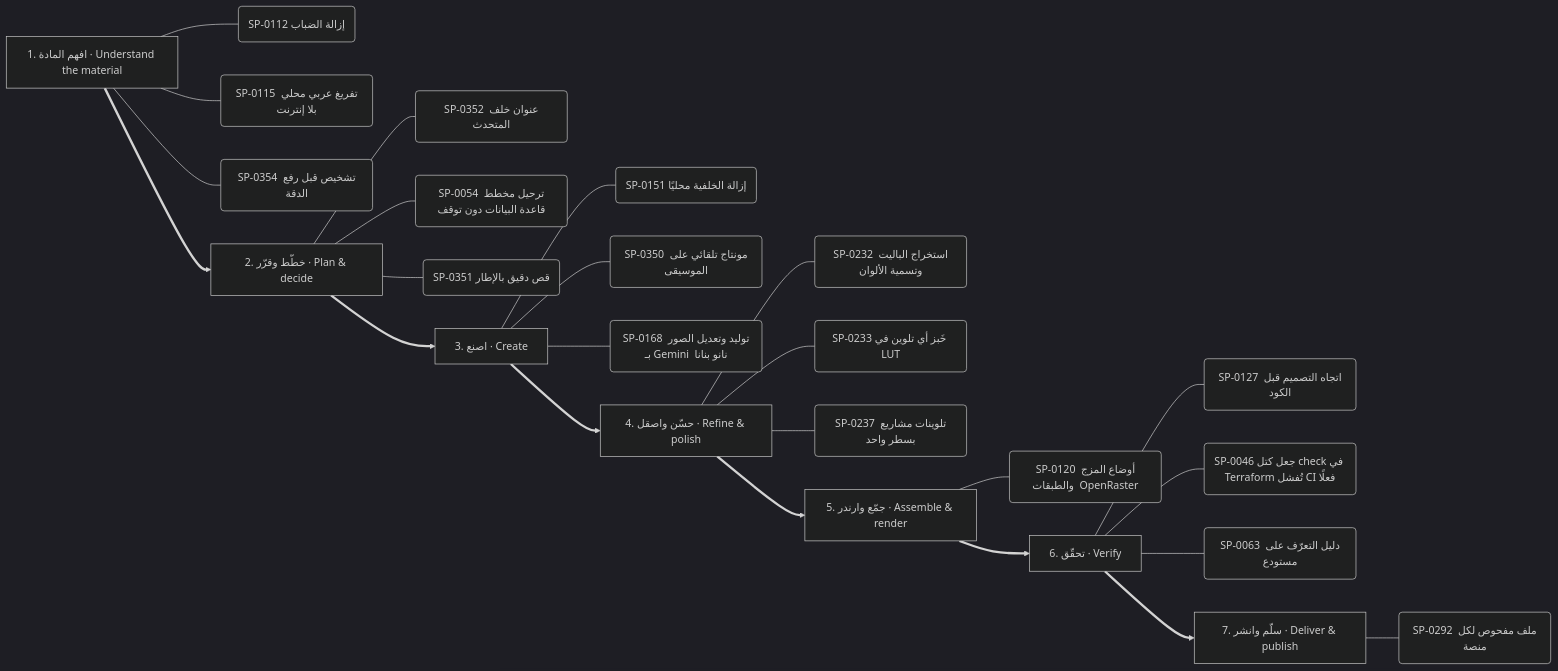
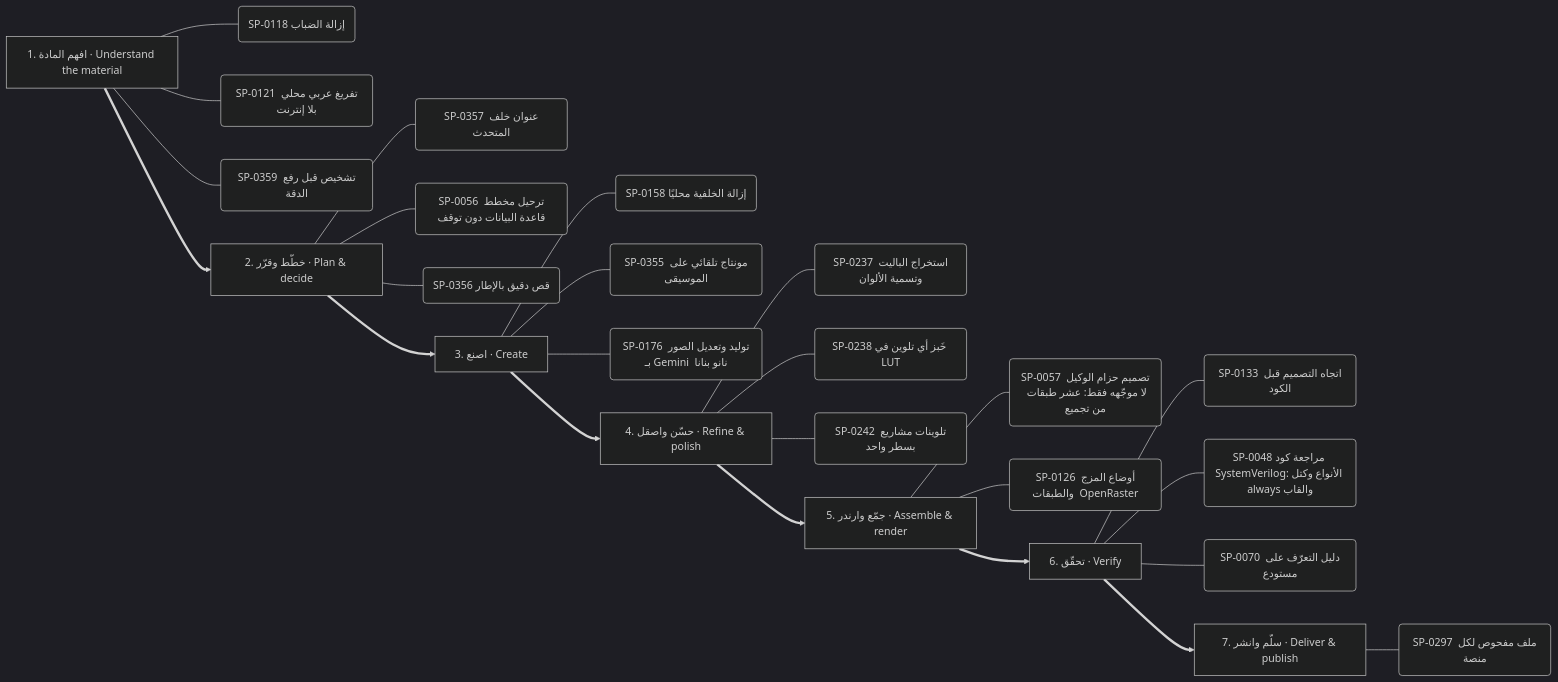
One commit to kosif199022-jpg/kosif-tool changed the seventh of 13 diagrams in .claude/skills/kosif-superpowers/references/capability-mindmap.md. Above: the diagram before and after it, drawn with Mermaid (dark theme). The commit also changed other lines of this file and 1314 other files, not shown here.

````diff
--- a/.claude/skills/kosif-superpowers/references/capability-mindmap.md
+++ b/.claude/skills/kosif-superpowers/references/capability-mindmap.md
@@ -365,33 +368,34 @@
 ```mermaid
 flowchart LR
   S0["1. افهم المادة · Understand the material"]
-  S0 --- S0_0("SP-0112 إزالة الضباب")
-  S0 --- S0_1("SP-0115 تفريغ عربي محلي بلا إنترنت")
-  S0 --- S0_2("SP-0354 تشخيص قبل رفع الدقة")
+  S0 --- S0_0("SP-0118 إزالة الضباب")
+  S0 --- S0_1("SP-0121 تفريغ عربي محلي بلا إنترنت")
+  S0 --- S0_2("SP-0359 تشخيص قبل رفع الدقة")
   S1["2. خطّط وقرّر · Plan & decide"]
-  S1 --- S1_0("SP-0352 عنوان خلف المتحدث")
-  S1 --- S1_1("SP-0054 ترحيل مخطط قاعدة البيانات دون توقف")
-  S1 --- S1_2("SP-0351 قص دقيق بالإطار")
+  S1 --- S1_0("SP-0357 عنوان خلف المتحدث")
+  S1 --- S1_1("SP-0056 ترحيل مخطط قاعدة البيانات دون توقف")
+  S1 --- S1_2("SP-0356 قص دقيق بالإطار")
   S0 ==> S1
   S2["3. اصنع · Create"]
-  S2 --- S2_0("SP-0151 إزالة الخلفية محليًا")
-  S2 --- S2_1("SP-0350 مونتاج تلقائي على الموسيقى")
-  S2 --- S2_2("SP-0168 توليد وتعديل الصور بـ Gemini  نانو بنانا ")
+  S2 --- S2_0("SP-0158 إزالة الخلفية محليًا")
+  S2 --- S2_1("SP-0355 مونتاج تلقائي على الموسيقى")
+  S2 --- S2_2("SP-0176 توليد وتعديل الصور بـ Gemini  نانو بنانا ")
   S1 ==> S2
   S3["4. حسّن واصقل · Refine & polish"]
-  S3 --- S3_0("SP-0232 استخراج الباليت وتسمية الألوان")
-  S3 --- S3_1("SP-0233 خَبز أي تلوين في LUT")
-  S3 --- S3_2("SP-0237 تلوينات مشاريع بسطر واحد")
+  S3 --- S3_0("SP-0237 استخراج الباليت وتسمية الألوان")
+  S3 --- S3_1("SP-0238 خَبز أي تلوين في LUT")
+  S3 --- S3_2("SP-0242 تلوينات مشاريع بسطر واحد")
   S2 ==> S3
   S4["5. جمّع وارندر · Assemble & render"]
-  S4 --- S4_0("SP-0120 أوضاع المزج والطبقات  OpenRaster ")
+  S4 --- S4_0("SP-0057 تصميم حزام الوكيل لا موجّهه فقط: عشر طبقات من تجميع ")
+  S4 --- S4_1("SP-0126 أوضاع المزج والطبقات  OpenRaster ")
   S3 ==> S4
   S5["6. تحقّق · Verify"]
-  S5 --- S5_0("SP-0127 اتجاه التصميم قبل الكود")
-  S5 --- S5_1("SP-0046 جعل كتل check في Terraform تُفشل CI فعلًا")
-  S5 --- S5_2("SP-0063 دليل التعرّف على مستودع")
+  S5 --- S5_0("SP-0133 اتجاه التصميم قبل الكود")
+  S5 --- S5_1("SP-0048 مراجعة كود SystemVerilog: الأنواع وكتل always والقاب")
+  S5 --- S5_2("SP-0070 دليل التعرّف على مستودع")
   S4 ==> S5
   S6["7. سلّم وانشر · Deliver & publish"]
-  S6 --- S6_0("SP-0292 ملف مفحوص لكل منصة")
+  S6 --- S6_0("SP-0297 ملف مفحوص لكل منصة")
   S5 ==> S6
 ```
````
